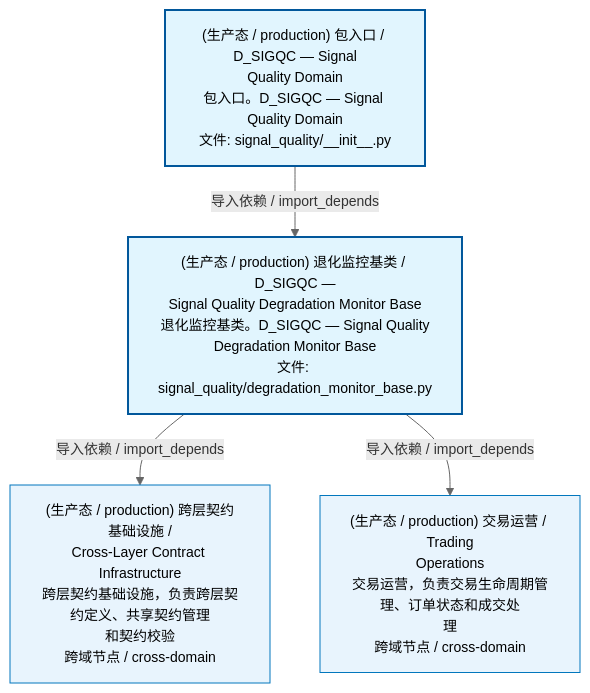
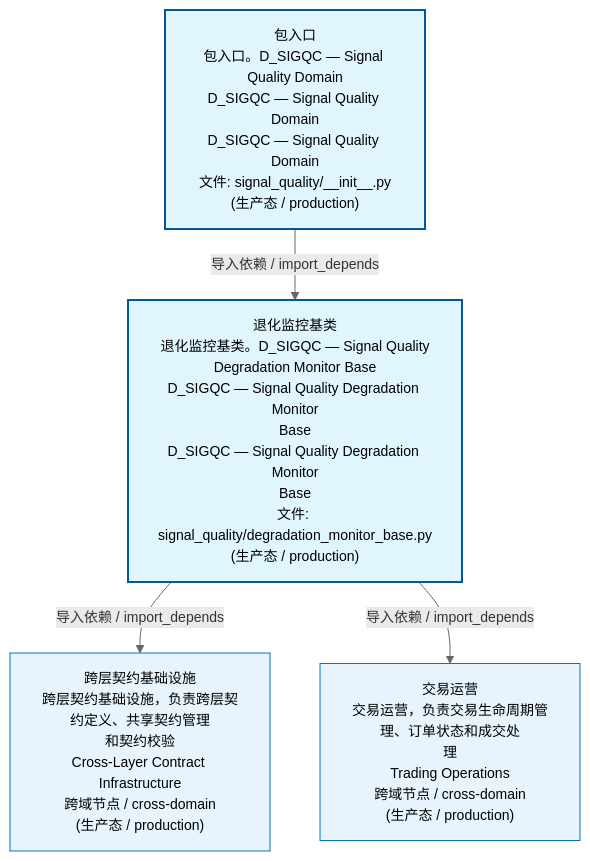
One commit to xuanFelixVan/ZephyrAlpha changed the first of 3 diagrams in docs/02_enterprise_architecture/02_domain_architecture_docs/69_d_sigqc.md. Above: the diagram before and after it, drawn with Mermaid. The commit also changed other lines of this file and 62 other files, not shown here.

````diff
--- a/docs/02_enterprise_architecture/02_domain_architecture_docs/69_d_sigqc.md
+++ b/docs/02_enterprise_architecture/02_domain_architecture_docs/69_d_sigqc.md
@@ -53,17 +53,17 @@
 ```mermaid
 %%{init: {'theme': 'base', 'themeVariables': {'primaryColor': '#eaeaea', 'primaryTextColor': '#333333', 'primaryBorderColor': '#666666', 'lineColor': '#666666', 'secondaryColor': '#eaeaea', 'tertiaryColor': '#eaeaea', 'fontSize': '14px'}}}%%
 flowchart TD
-    src_zephyr_signal_quality_init_py["(生产态 / production) 包入口 / D_SIGQC — Signal<br/>Quality Domain<br/>包入口。D_SIGQC — Signal Quality Domain<br/>文件: signal_quality/__init__.py"]
-    src_zephyr_signal_quality_degradation_monitor_base_py["(生产态 / production) 退化监控基类 / D_SIGQC —<br/>Signal Quality Degradation Monitor Base<br/>退化监控基类。D_SIGQC — Signal Quality<br/>Degradation Monitor Base<br/>文件: signal_quality/degradation_monitor_base.py"]
+    src_zephyr_signal_quality_init_py["包入口<br/>包入口。D_SIGQC — Signal Quality Domain<br/>D_SIGQC — Signal Quality Domain<br/>D_SIGQC — Signal Quality Domain<br/>文件: signal_quality/__init__.py<br/>(生产态 / production)"]
+    src_zephyr_signal_quality_degradation_monitor_base_py["退化监控基类<br/>退化监控基类。D_SIGQC — Signal Quality<br/>Degradation Monitor Base<br/>D_SIGQC — Signal Quality Degradation Monitor<br/>Base<br/>D_SIGQC — Signal Quality Degradation Monitor<br/>Base<br/>文件: signal_quality/degradation_monitor_base.py<br/>(生产态 / production)"]
     src_zephyr_signal_quality_init_py -->|导入依赖 / import_depends| src_zephyr_signal_quality_degradation_monitor_base_py
-    D_INFRASTRUCTURE["(生产态 / production) 跨层契约基础设施 /<br/>Cross-Layer Contract Infrastructure<br/>跨层契约基础设施，负责跨层契约定义、共享契约管理<br/>和契约校验<br/>跨域节点 / cross-domain"]
+    D_INFRASTRUCTURE["跨层契约基础设施<br/>跨层契约基础设施，负责跨层契约定义、共享契约管理<br/>和契约校验<br/>Cross-Layer Contract Infrastructure<br/>跨域节点 / cross-domain<br/>(生产态 / production)"]
     src_zephyr_signal_quality_degradation_monitor_base_py -->|导入依赖 / import_depends| D_INFRASTRUCTURE
-    D_TRADING["(生产态 / production) 交易运营 / Trading<br/>Operations<br/>交易运营，负责交易生命周期管理、订单状态和成交处<br/>理<br/>跨域节点 / cross-domain"]
+    D_TRADING["交易运营<br/>交易运营，负责交易生命周期管理、订单状态和成交处<br/>理<br/>Trading Operations<br/>跨域节点 / cross-domain<br/>(生产态 / production)"]
     src_zephyr_signal_quality_degradation_monitor_base_py -->|导入依赖 / import_depends| D_TRADING
     classDef production fill:#e1f5fe,stroke:#01579b,stroke-width:2px,color:#000
     classDef design fill:#fff3e0,stroke:#e65100,stroke-width:2px,color:#000,stroke-dasharray: 5 5
     classDef external_prod fill:#e8f4fd,stroke:#0277bd,stroke-width:1px,color:#000
     classDef external_design fill:#fff8e7,stroke:#ef6c00,stroke-width:1px,color:#000,stroke-dasharray: 5 5
     class src_zephyr_signal_quality_init_py,src_zephyr_signal_quality_degradation_monitor_base_py production
     class D_INFRASTRUCTURE,D_TRADING external_prod
 ```
````
